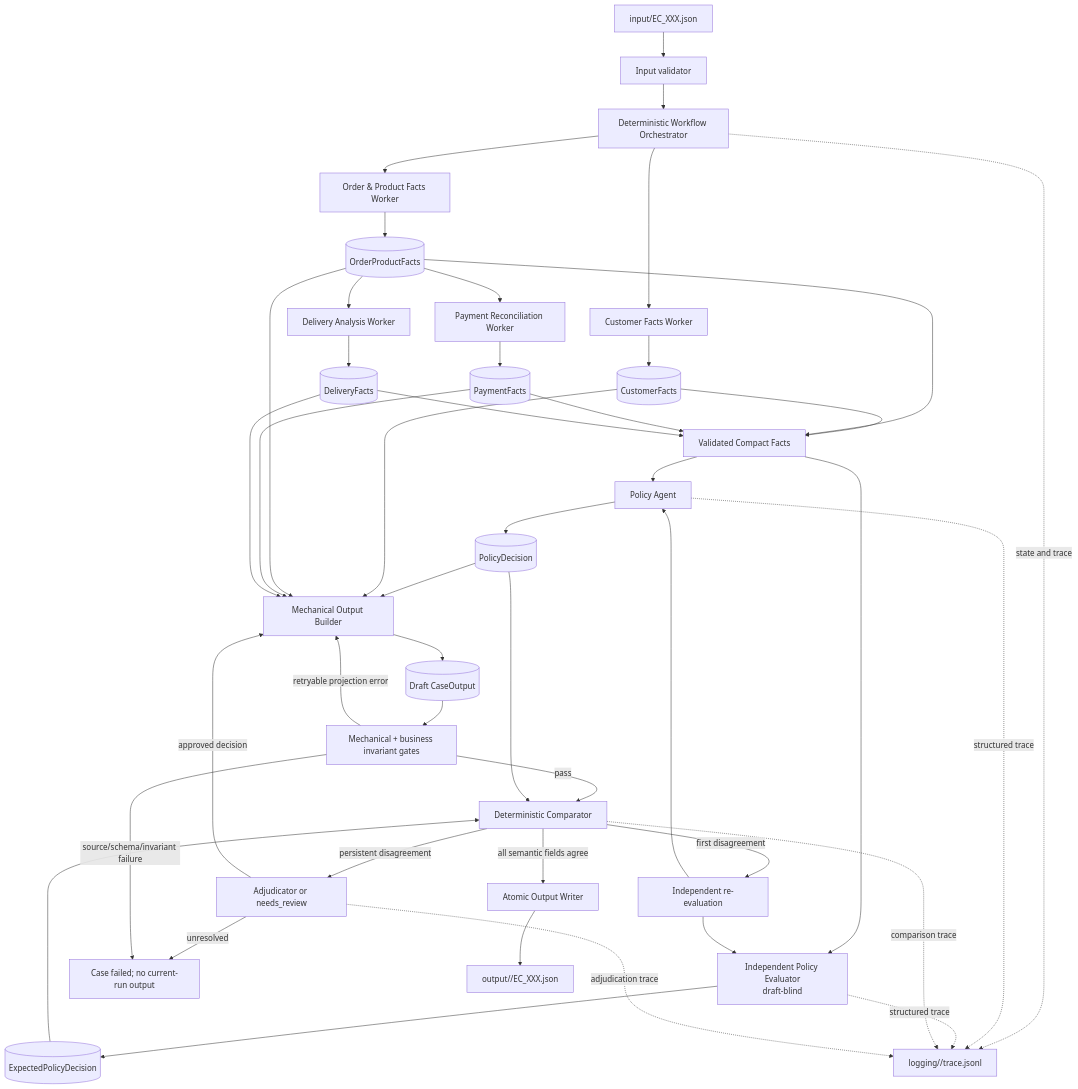
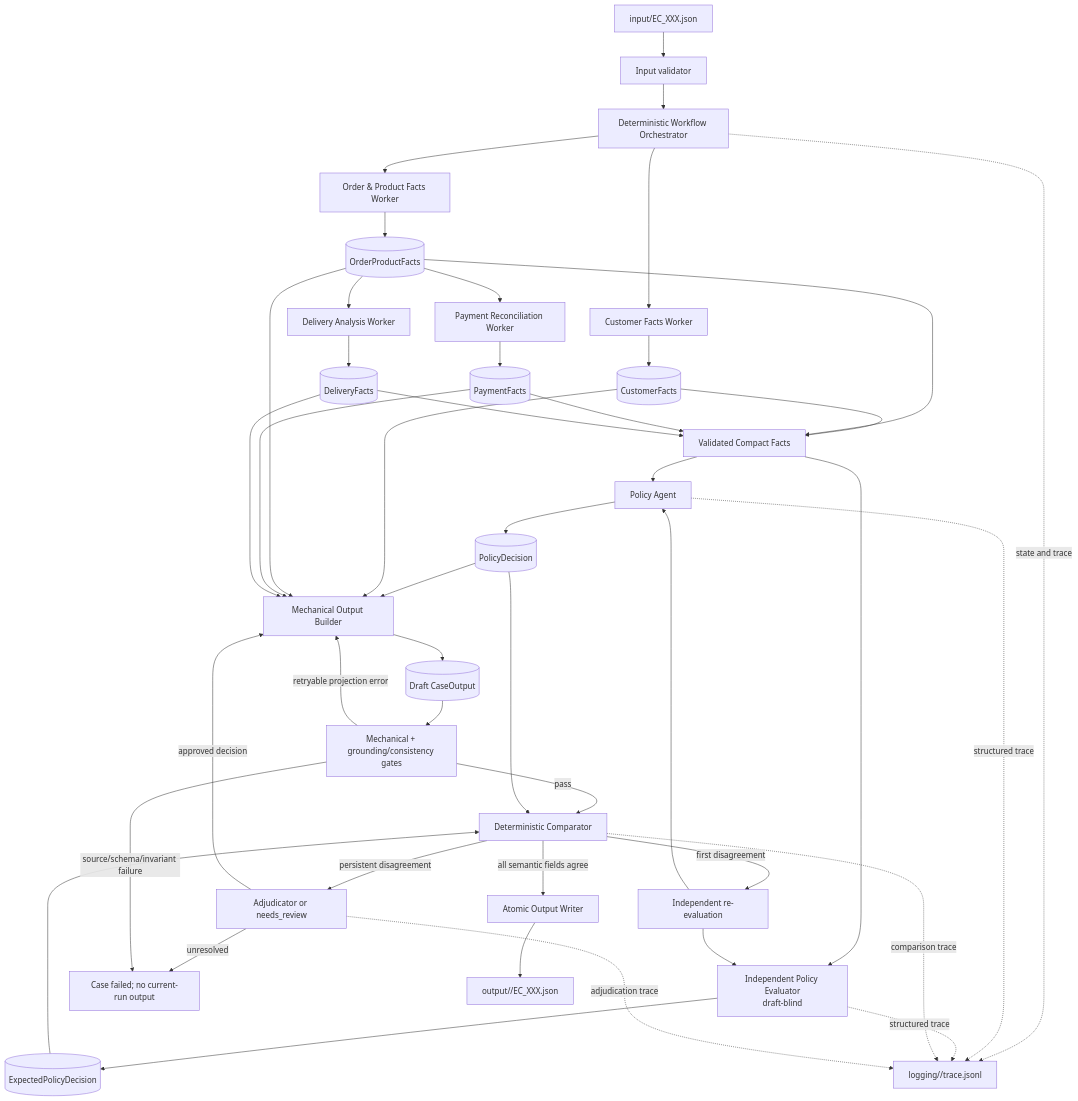
Before and after one commit to HuyAA-DD/K4-Day9-Multi-Agent-A2A: the diagram in architecture.md, drawn with Mermaid. The commit also changed other lines of this file and 119 other files, not shown here.

````diff
--- a/architecture.md
+++ b/architecture.md
@@ -32,55 +32,55 @@
 ```mermaid
 flowchart TD
     IN["input/EC_XXX.json"] --> IV["Input validator"]
     IV --> ORCH["Deterministic Workflow Orchestrator"]
 
     ORCH --> CW["Customer Facts Worker"]
     ORCH --> OW["Order & Product Facts Worker"]
     CW --> CF[(CustomerFacts)]
     OW --> OF[(OrderProductFacts)]
 
     OF --> PW["Payment Reconciliation Worker"]
     OF --> DW["Delivery Analysis Worker"]
     PW --> PF[(PaymentFacts)]
     DW --> DF[(DeliveryFacts)]
 
     CF --> VF["Validated Compact Facts"]
     OF --> VF
     PF --> VF
     DF --> VF
 
     VF --> PA["Policy Agent"]
     VF --> IE["Independent Policy Evaluator<br/>draft-blind"]
     PA --> PD[(PolicyDecision)]
     IE --> ED[(ExpectedPolicyDecision)]
 
     PD --> OB["Mechanical Output Builder"]
     CF --> OB
     OF --> OB
     PF --> OB
     DF --> OB
     OB --> DRAFT[(Draft CaseOutput)]
 
-    DRAFT --> MV["Mechanical + business invariant gates"]
+    DRAFT --> MV["Mechanical + grounding/consistency gates"]
     MV -->|pass| CMP["Deterministic Comparator"]
     PD --> CMP
     ED --> CMP
 
     CMP -->|all semantic fields agree| WR["Atomic Output Writer"]
     CMP -->|first disagreement| RETRY["Independent re-evaluation"]
     RETRY --> PA
     RETRY --> IE
     CMP -->|persistent disagreement| ADJ["Adjudicator or needs_review"]
     ADJ -->|approved decision| OB
     ADJ -->|unresolved| ERR["Case failed; no current-run output"]
 
     MV -->|retryable projection error| OB
     MV -->|source/schema/invariant failure| ERR
     WR --> OUT["output/<run_id>/EC_XXX.json"]
 
     ORCH -. state and trace .-> TR["logging/<run_id>/trace.jsonl"]
     PA -. structured trace .-> TR
     IE -. structured trace .-> TR
     CMP -. comparison trace .-> TR
     ADJ -. adjudication trace .-> TR
 ```
````
